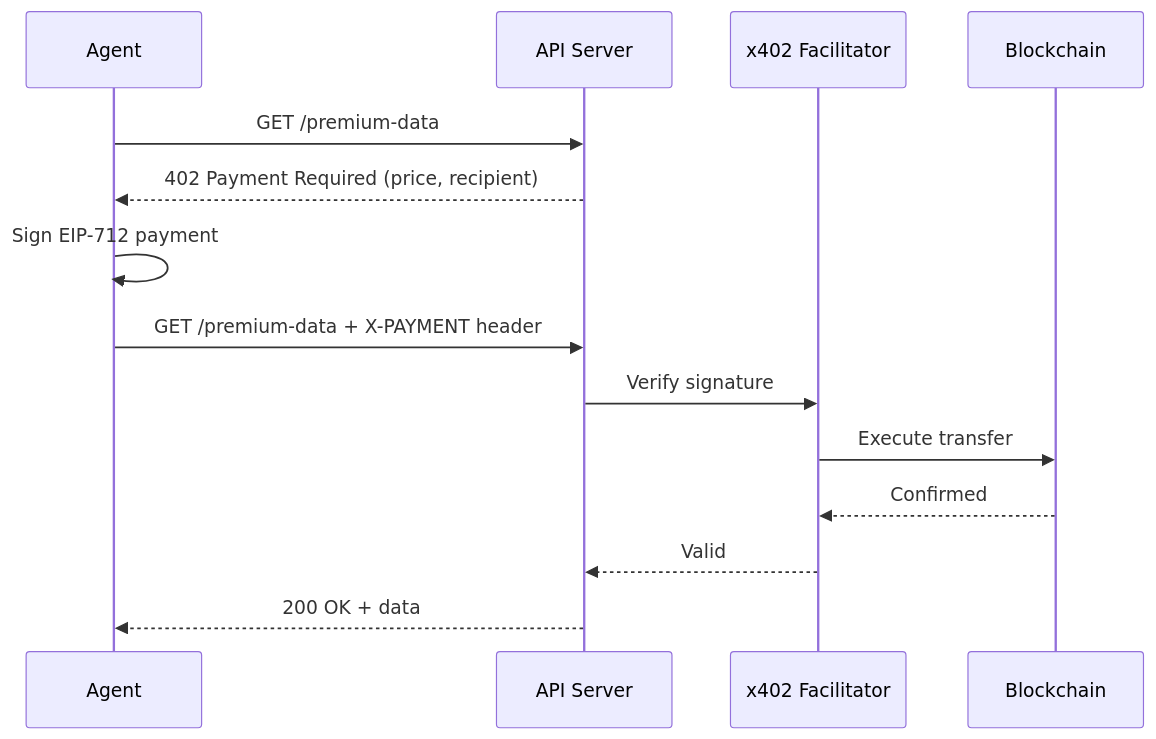
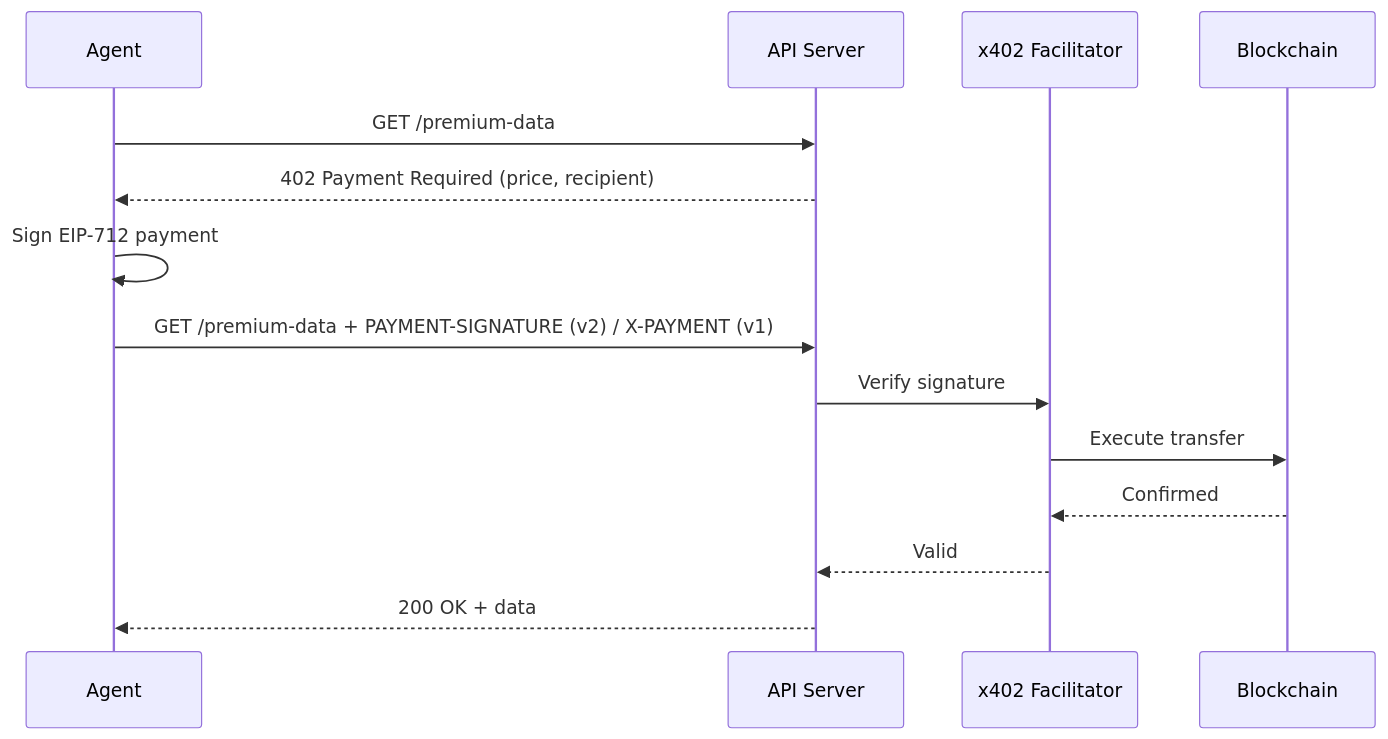
One commit to XSpoonAi/xspoonai.github.io changed the first of 2 diagrams in docs/core-concepts/x402-payments.md. Above: the diagram before and after it, drawn with Mermaid. The commit also changed other lines of this file and 2 other files, not shown here.

Commit message:
Update x402 payment documentation to reflect changes in payment header usage, specifying `PAYMENT-SIGNATURE` for v2 and `X-PAYMENT` for v1. Adjusted examples to align with the new header format and clarified response details for improved understanding.

````diff
--- a/docs/core-concepts/x402-payments.md
+++ b/docs/core-concepts/x402-payments.md
@@ -18,17 +18,17 @@
 ```mermaid
 sequenceDiagram
     participant Agent
     participant API Server
     participant x402 Facilitator
     participant Blockchain
 
     Agent->>API Server: GET /premium-data
     API Server-->>Agent: 402 Payment Required (price, recipient)
     Agent->>Agent: Sign EIP-712 payment
-    Agent->>API Server: GET /premium-data + X-PAYMENT header
+    Agent->>API Server: GET /premium-data + PAYMENT-SIGNATURE (v2) / X-PAYMENT (v1)
     API Server->>x402 Facilitator: Verify signature
     x402 Facilitator->>Blockchain: Execute transfer
     Blockchain-->>x402 Facilitator: Confirmed
     x402 Facilitator-->>API Server: Valid
     API Server-->>Agent: 200 OK + data
 ```
````
